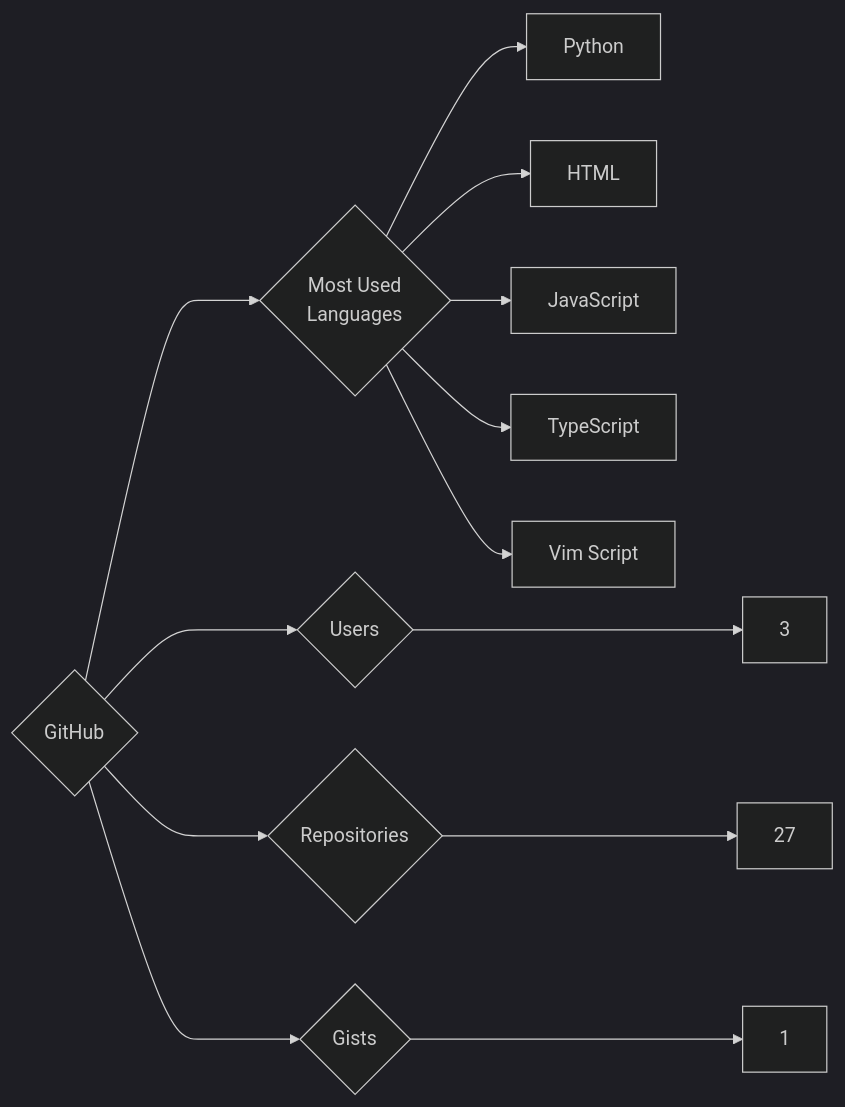
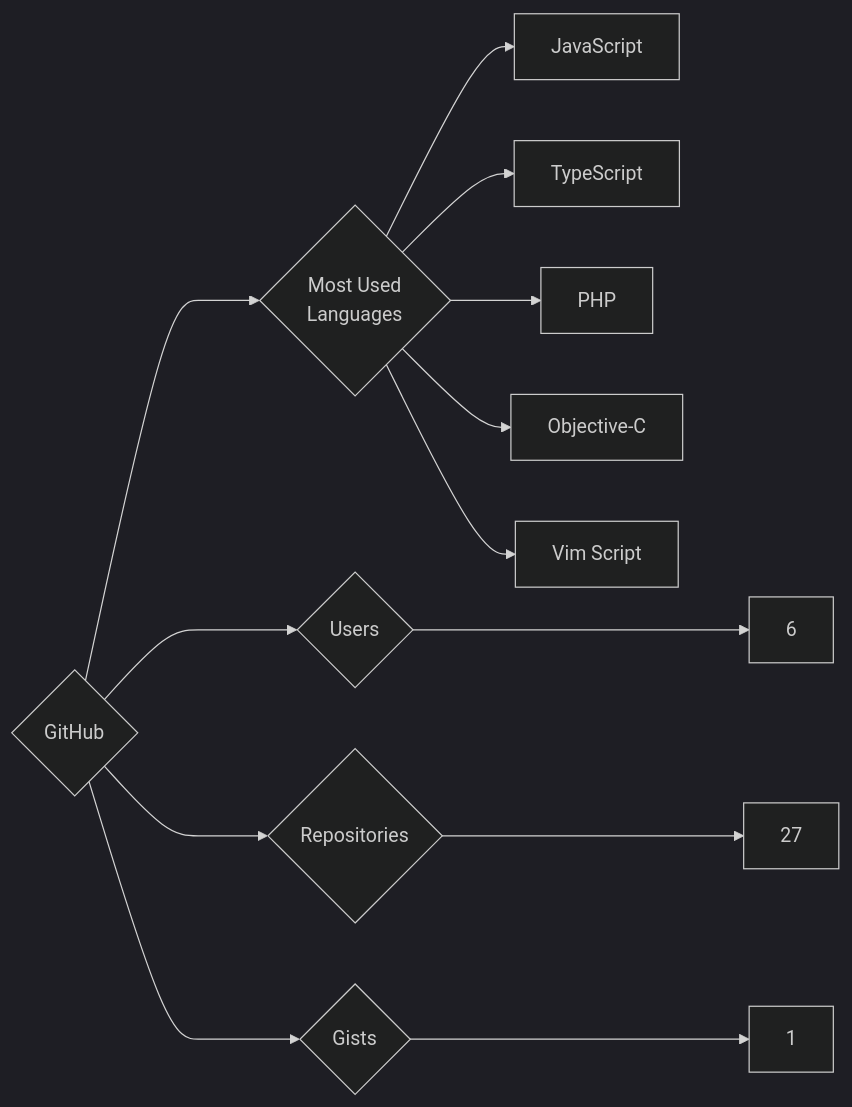
The diagram in targets/GitHub/README.md (trickest/insiders), drawn with Mermaid (dark theme) before and after one commit. The commit also changed 1023 other files, not shown here.

````diff
--- a/targets/GitHub/README.md
+++ b/targets/GitHub/README.md
@@ -3,13 +3,13 @@
 ```mermaid
 graph LR
 COMPANY_NAME{GitHub}
-COMPANY_NAME ---> U{Users} ---> UN[3]
+COMPANY_NAME ---> U{Users} ---> UN[6]
 COMPANY_NAME ---> R{Repositories} ---> RN[27]
 COMPANY_NAME ---> G{Gists} ---> GN[1]
 COMPANY_NAME ---> ML{Most Used<br>Languages}
-ML --> Python[Python]
-ML --> HTML[HTML]
 ML --> JavaScript[JavaScript]
 ML --> TypeScript[TypeScript]
+ML --> PHP[PHP]
+ML --> Objective-C[Objective-C]
 ML --> Vim_Script[Vim Script]
 ```
````
